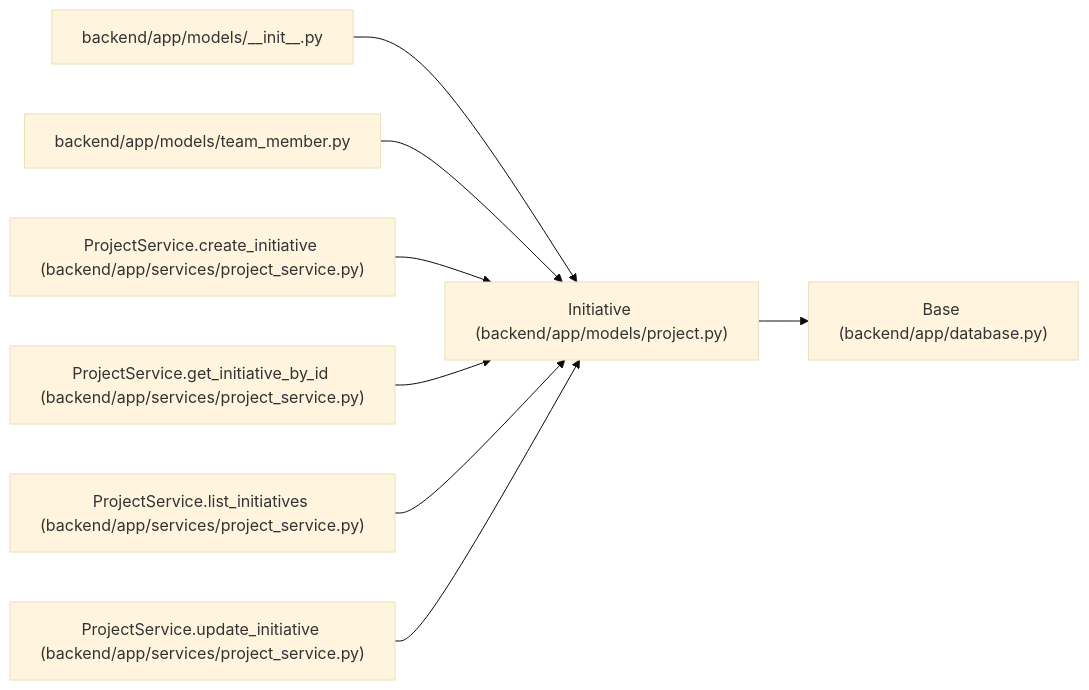
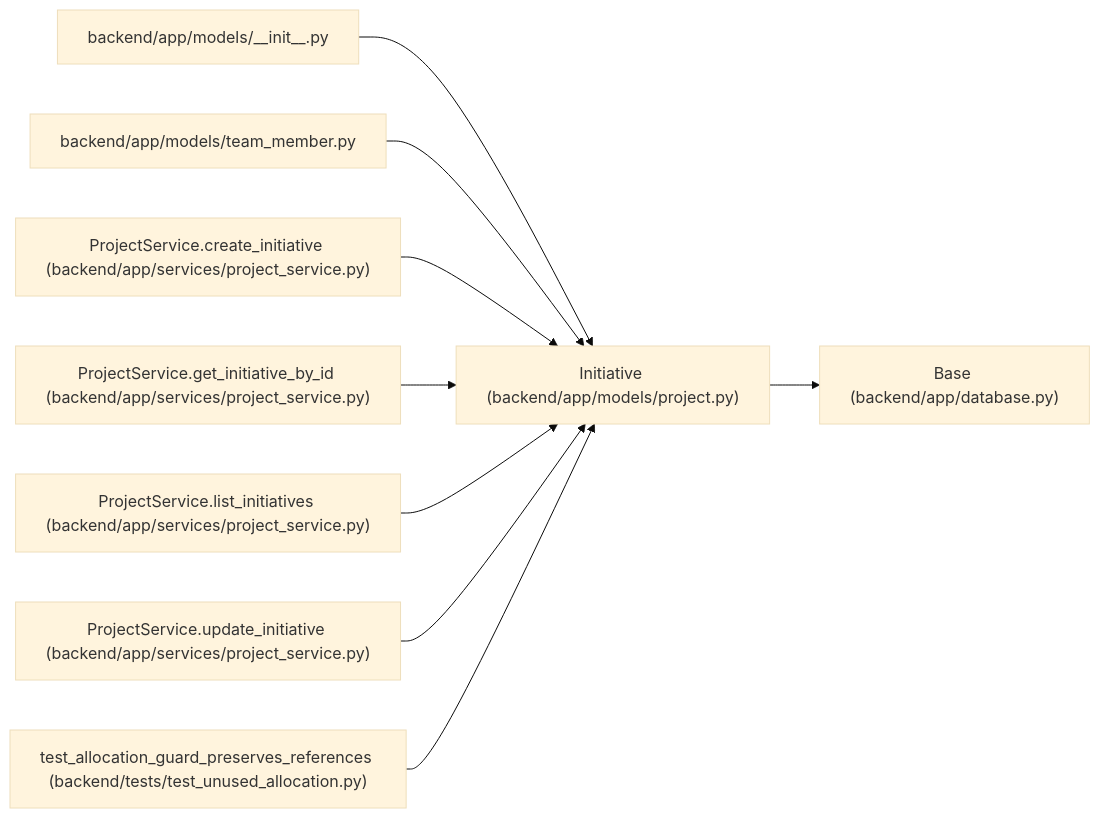
One commit to Denissvgn/WorkChord changed the diagram in docs/llm_wiki/entities/models_project_Initiative.md. Above: the diagram before and after it, drawn with Mermaid (base theme). The commit also changed other lines of this file and 636 other files, not shown here.

````diff
--- a/docs/llm_wiki/entities/models_project_Initiative.md
+++ b/docs/llm_wiki/entities/models_project_Initiative.md
@@ -36,26 +36,29 @@
 ```mermaid
 flowchart LR
     n0["Initiative (backend/app/models/project.py)"]
     n1["Base (backend/app/database.py)"]
     n2["backend/app/models/__init__.py"]
     n3["backend/app/models/team_member.py"]
     n4["ProjectService.create_initiative (backend/app/services/project_service.py)"]
     n5["ProjectService.get_initiative_by_id (backend/app/services/project_service.py)"]
     n6["ProjectService.list_initiatives (backend/app/services/project_service.py)"]
     n7["ProjectService.update_initiative (backend/app/services/project_service.py)"]
+    n8["test_allocation_guard_preserves_references (backend/tests/test_unused_allocation.py)"]
     n0 --> n1
     n2 --> n0
     n3 --> n0
     n4 --> n0
     n5 --> n0
     n6 --> n0
     n7 --> n0
+    n8 --> n0
     click n0 "../modules/models_project.md"
     click n1 "../modules/app_database.md"
     click n2 "../modules/models___init__.md"
     click n3 "../modules/team_member.md"
     click n4 "../modules/project_service.md"
     click n5 "../modules/project_service.md"
     click n6 "../modules/project_service.md"
     click n7 "../modules/project_service.md"
+    click n8 "../modules/test_unused_allocation.md"
 ```
````
